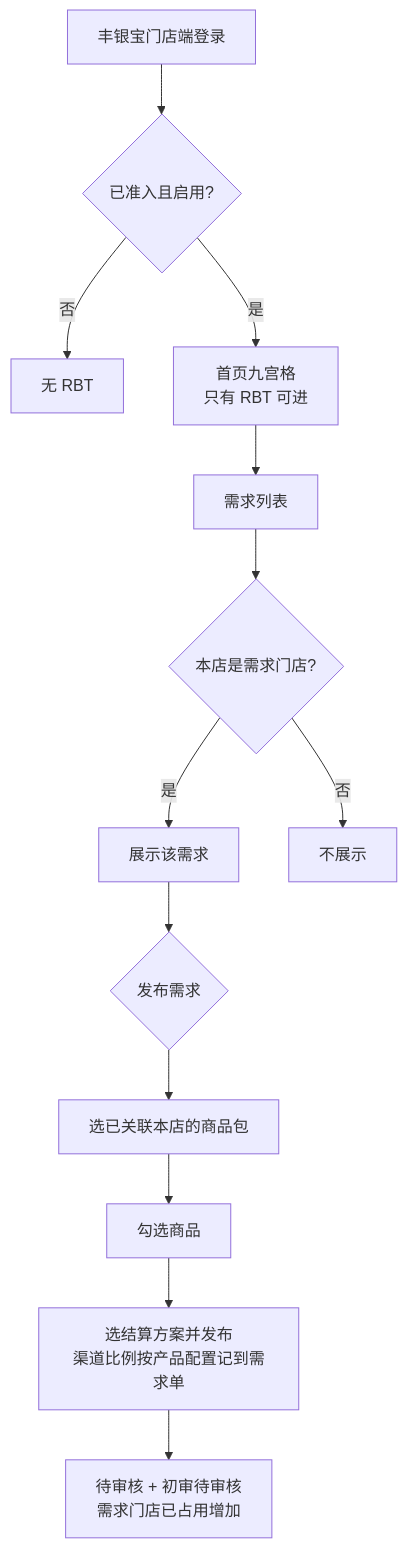
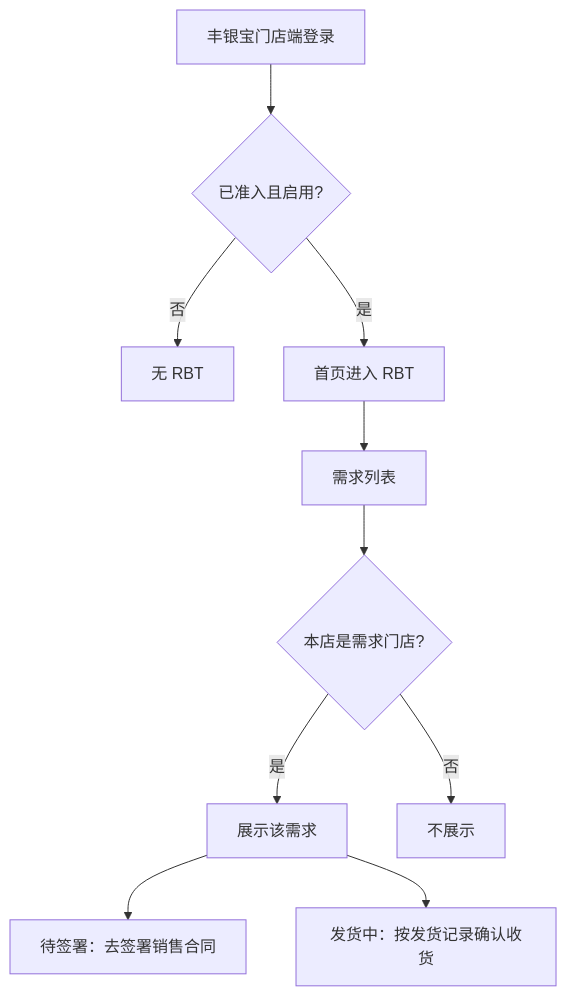
One commit to 342-droid/LFerp changed the fifth of 8 diagrams in RBT/docs/1-整体业务流程图.md. Above: the diagram before and after it, drawn with Mermaid. The commit also changed other lines of this file and 42 other files, not shown here.

````diff
--- a/RBT/docs/1-整体业务流程图.md
+++ b/RBT/docs/1-整体业务流程图.md
@@ -116,15 +160,12 @@
 ```mermaid
 flowchart TB
   H0[丰银宝门店端登录] --> H1{已准入且启用?}
   H1 -->|否| HX[无 RBT]
-  H1 -->|是| H2[首页九宫格<br/>只有 RBT 可进]
+  H1 -->|是| H2[首页进入 RBT]
   H2 --> H3[需求列表]
   H3 --> H4{本店是需求门店?}
   H4 -->|是| H5[展示该需求]
   H4 -->|否| H6[不展示]
-  H5 --> H7{发布需求}
-  H7 --> H8[选已关联本店的商品包]
-  H8 --> H9[勾选商品]
-  H9 --> H10[选结算方案并发布<br/>渠道比例按产品配置记到需求单]
-  H10 --> H11[待审核 + 初审待审核<br/>需求门店已占用增加]
+  H5 --> H7[待签署：去签署销售合同]
+  H5 --> H8[发货中：按发货记录确认收货]
 ```
````
